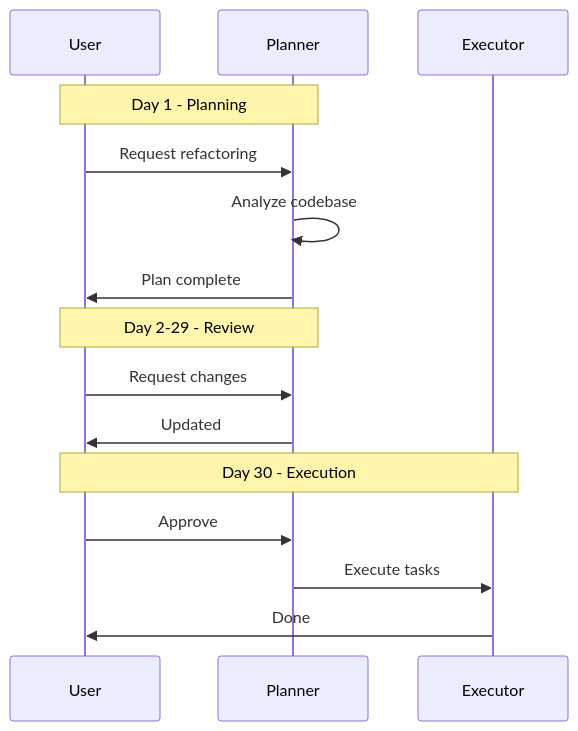
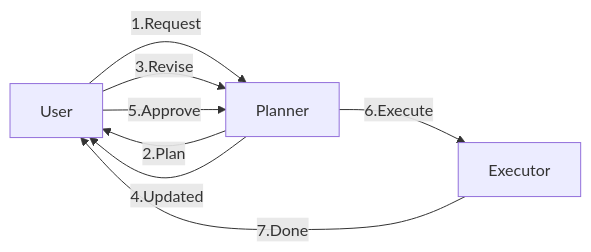
Before and after one commit to Kanghyeop/pages-book-agent101: the fourth of 5 diagrams in 02-literacy/24-system.md, drawn with Mermaid. The commit also changed other lines of this file and 3 other files, not shown here.

First line of the commit message:
Mermaid 호환성 수정 동기화

````diff
--- a/02-literacy/24-system.md
+++ b/02-literacy/24-system.md
@@ -180,20 +176,10 @@
 ```mermaid
-sequenceDiagram
-    participant U as User
-    participant P as Planner
-    participant E as Executor
-
-    Note over U,P: Day 1 - Planning
-    U->>P: Request refactoring
-    P->>P: Analyze codebase
-    P->>U: Plan complete
-
-    Note over U,P: Day 2-29 - Review
-    U->>P: Request changes
-    P->>U: Updated
-
-    Note over U,E: Day 30 - Execution
-    U->>P: Approve
-    P->>E: Execute tasks
-    E->>U: Done
+flowchart LR
+    U[User] -->|1.Request| P[Planner]
+    P -->|2.Plan| U
+    U -->|3.Revise| P
+    P -->|4.Updated| U
+    U -->|5.Approve| P
+    P -->|6.Execute| E[Executor]
+    E -->|7.Done| U
 ```
````
